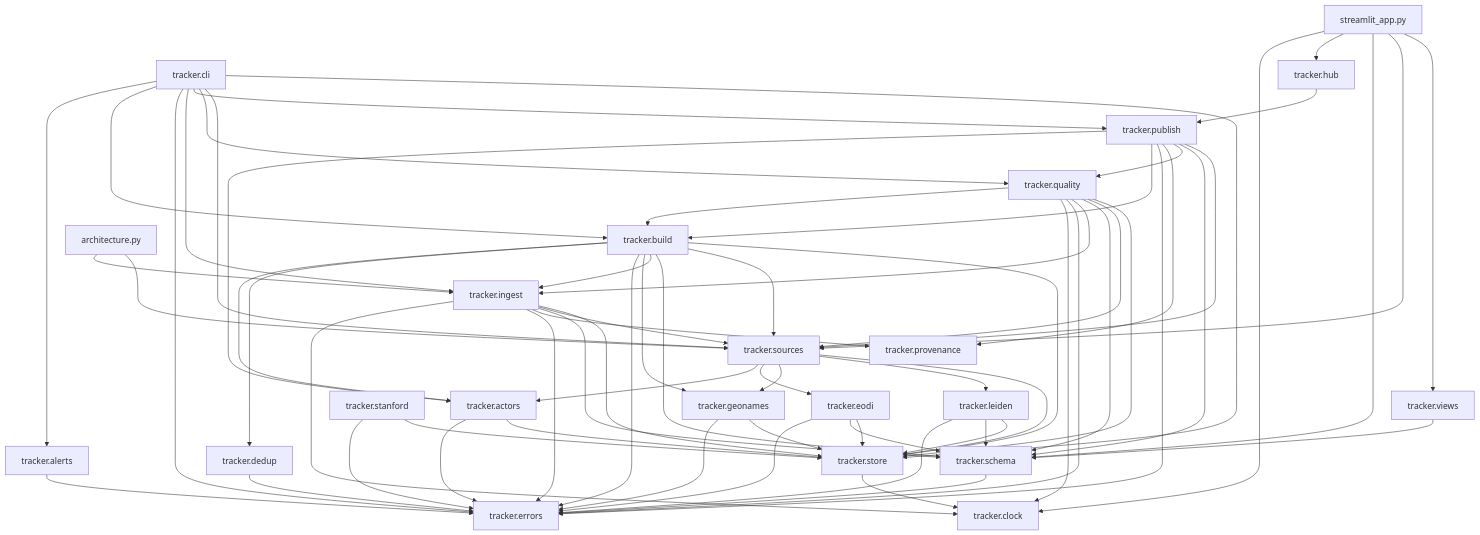
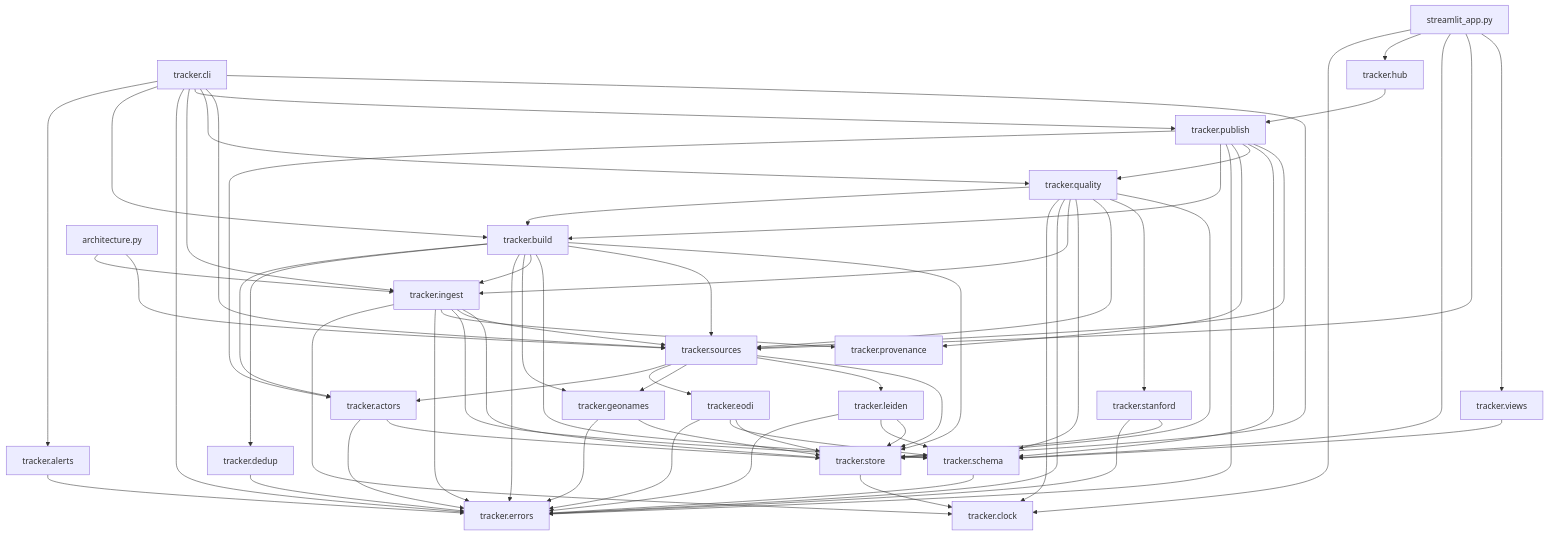
One commit to tryph0n/hybrid-tracker changed the third of 3 diagrams in docs/architecture.md. Above: the diagram before and after it, drawn with Mermaid. The commit also changed 4 other files, not shown here.

First line of the commit message:
feat(quality): add the quality row and the stale alert of the Stanford source

```diff
--- a/docs/architecture.md
+++ b/docs/architecture.md
@@ -234,6 +234,7 @@
   module_tracker_quality --> module_tracker_ingest
   module_tracker_quality --> module_tracker_schema
   module_tracker_quality --> module_tracker_sources
+  module_tracker_quality --> module_tracker_stanford
   module_tracker_quality --> module_tracker_store
   module_tracker_schema --> module_tracker_errors
   module_tracker_sources --> module_tracker_actors
```
